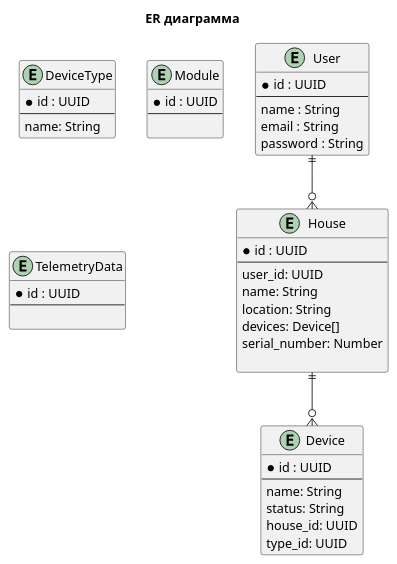
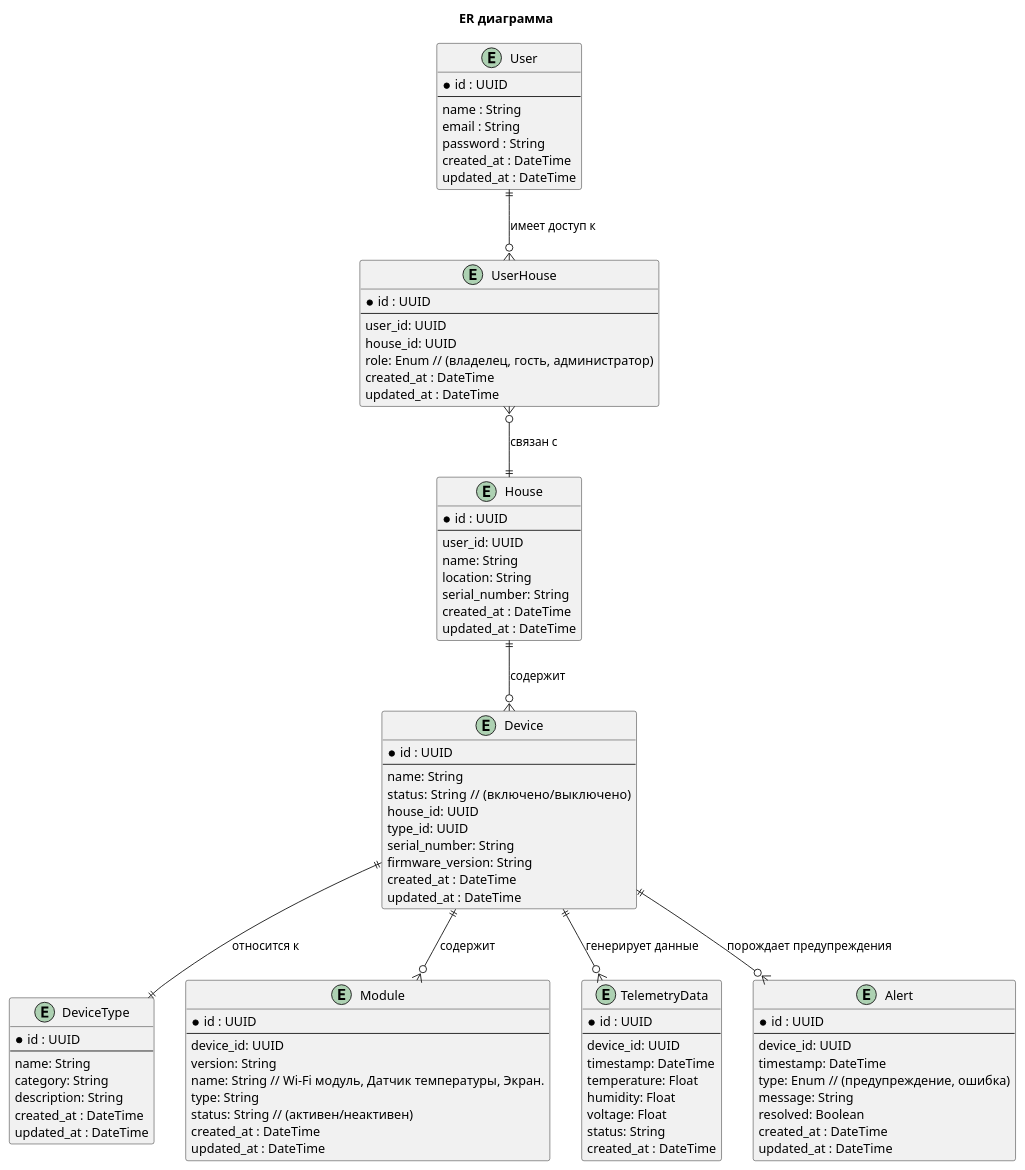
One commit to laksan1/architecture-sprint-3 changed the diagram in diagrams/task_3/er-diagram.puml. Above: the diagram before and after it, drawn with PlantUML.

Commit message:
add er-diagrams version 3.0

```diff
--- a/diagrams/task_3/er-diagram.puml
+++ b/diagrams/task_3/er-diagram.puml
@@ -1,54 +1,104 @@
 @startuml
 
 title ER диаграмма
 
-entity  User {
+entity User {
     * id : UUID
     --
     name : String
     email : String
     password : String
+    created_at : DateTime
+    updated_at : DateTime
 }
 
-entity  House {
+entity House {
     * id : UUID
     --
     user_id: UUID
     name: String
     location: String
-    devices: Device[]
-    serial_number: Number
-
+    serial_number: String
+    created_at : DateTime
+    updated_at : DateTime
 }
 
-entity  Device {
+entity Device {
     * id : UUID
     --
     name: String
-    status: String
+    status: String  // (включено/выключено)
     house_id: UUID
     type_id: UUID
+    serial_number: String
+    firmware_version: String
+    created_at : DateTime
+    updated_at : DateTime
 }
 
-entity  DeviceType {
+entity DeviceType {
     * id : UUID
     --
     name: String
+    category: String
+    description: String
+    created_at : DateTime
+    updated_at : DateTime
 }
 
-entity  Module {
+entity Module {
     * id : UUID
     --
-
+    device_id: UUID
+    version: String
+    name: String // Wi-Fi модуль, Датчик температуры, Экран.
+    type: String
+    status: String // (активен/неактивен)
+    created_at : DateTime
+    updated_at : DateTime
 }
 
-entity  TelemetryData {
+entity TelemetryData {
     * id : UUID
     --
-
+    device_id: UUID
+    timestamp: DateTime
+    temperature: Float
+    humidity: Float
+    voltage: Float
+    status: String
+    created_at : DateTime
 }
 
-User ||--o{ House
-House ||--o{ Device
+entity UserHouse {
+    * id : UUID
+    --
+    user_id: UUID
+    house_id: UUID
+    role: Enum // (владелец, гость, администратор)
+    created_at : DateTime
+    updated_at : DateTime
+}
+
+entity Alert {
+    * id : UUID
+    --
+    device_id: UUID
+    timestamp: DateTime
+    type: Enum // (предупреждение, ошибка)
+    message: String
+    resolved: Boolean
+    created_at : DateTime
+    updated_at : DateTime
+}
+
+User ||--o{ UserHouse : "имеет доступ к"
+UserHouse }o--|| House : "связан с"
+
+House ||--o{ Device : "содержит"
+Device ||--|| DeviceType : "относится к"
+Device ||--o{ Module : "содержит"
+Device ||--o{ TelemetryData : "генерирует данные"
+Device ||--o{ Alert : "порождает предупреждения"
 
 @enduml
```
